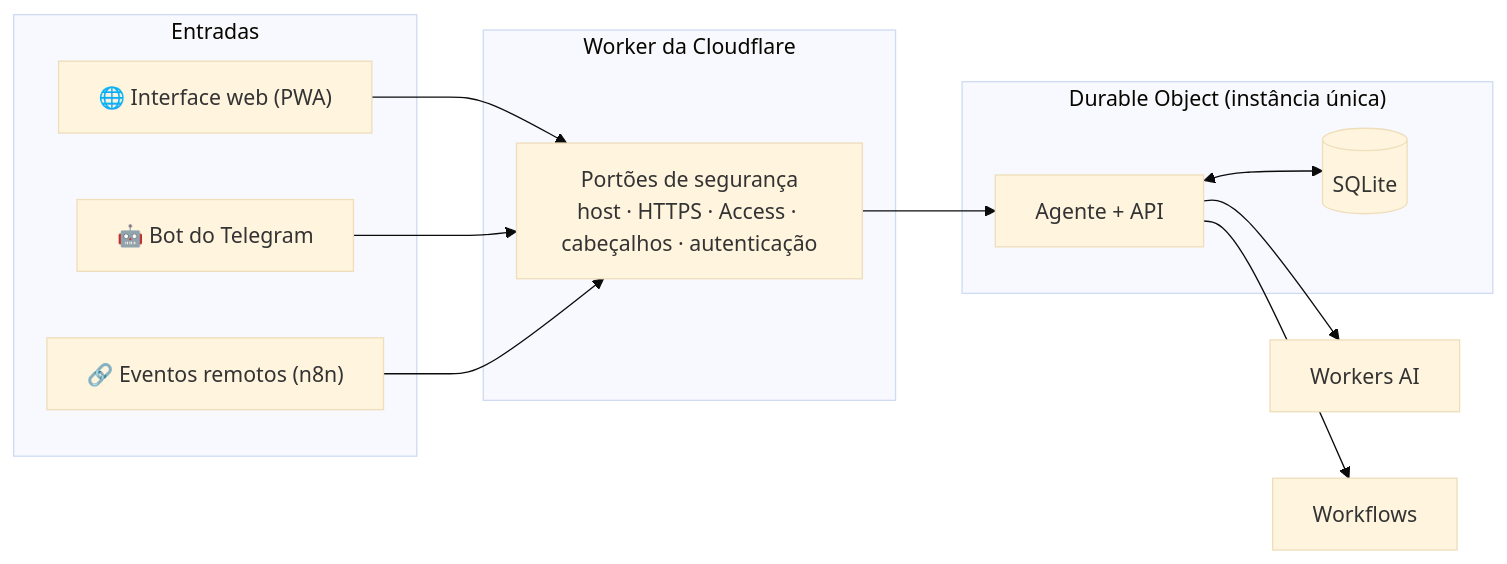
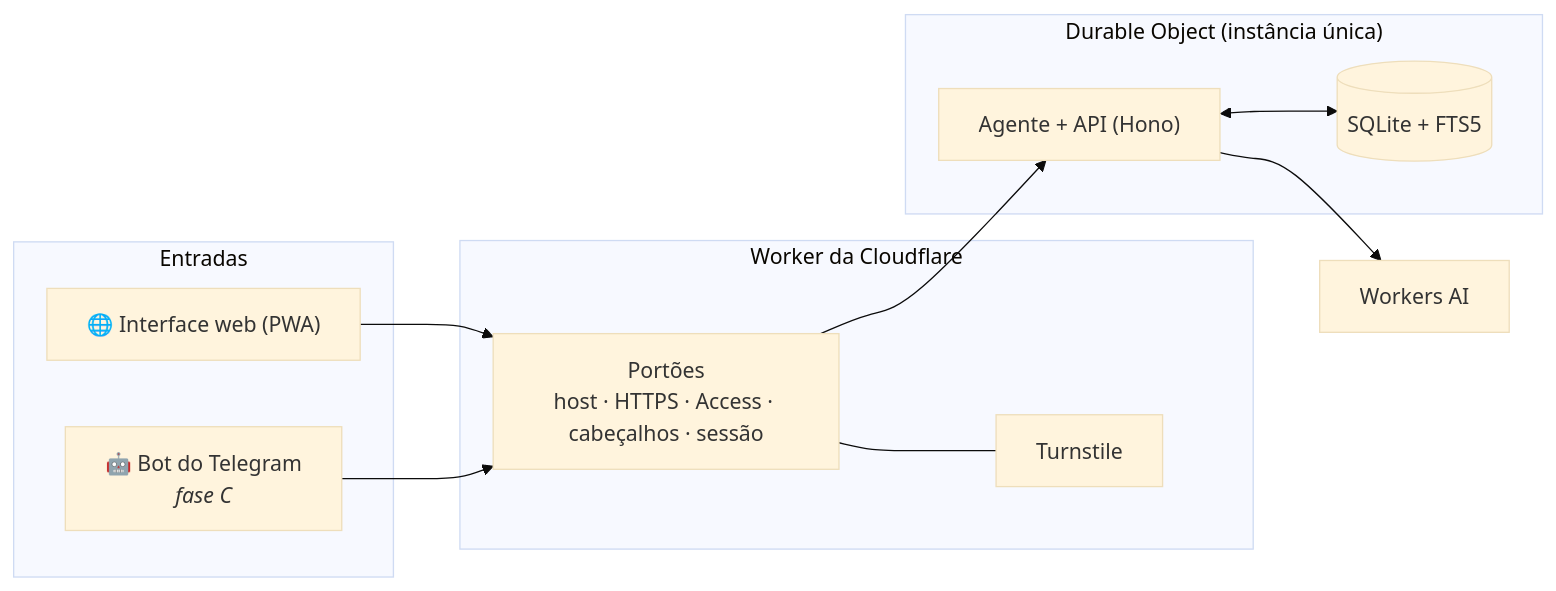
The diagram in README.md (pablopfg/Zuri), drawn with Mermaid (base theme) before and after one commit. The commit also changed other lines of this file and 32 other files, not shown here.

````diff
--- a/README.md
+++ b/README.md
@@ -107,24 +161,22 @@
 ```mermaid
 flowchart LR
     subgraph Entradas
         W["🌐 Interface web (PWA)"]
-        T["🤖 Bot do Telegram"]
-        R["🔗 Eventos remotos (n8n)"]
+        T["🤖 Bot do Telegram<br/><i>fase C</i>"]
     end
     subgraph Worker["Worker da Cloudflare"]
-        G["Portões de segurança<br/>host · HTTPS · Access · cabeçalhos · autenticação"]
+        G["Portões<br/>host · HTTPS · Access · cabeçalhos · sessão"]
+        TS["Turnstile"]
     end
     subgraph DO["Durable Object (instância única)"]
-        A["Agente + API"]
-        S[("SQLite")]
+        A["Agente + API (Hono)"]
+        S[("SQLite + FTS5")]
     end
     AI["Workers AI"]
-    WF["Workflows"]
     W --> G
     T --> G
-    R --> G
+    G --- TS
     G --> A
     A <--> S
     A --> AI
-    A --> WF
 ```
````
